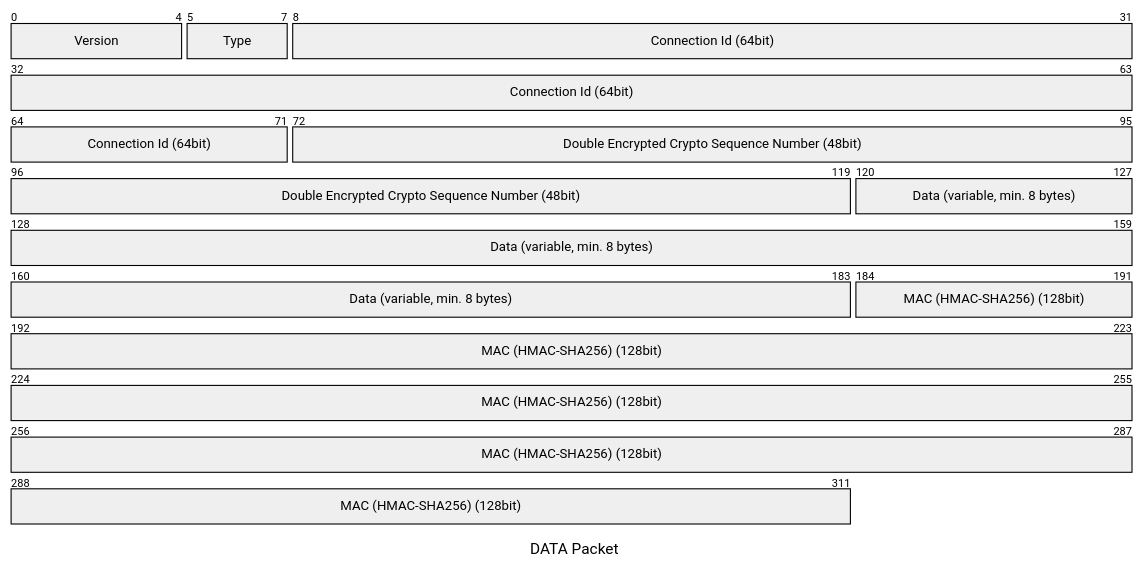
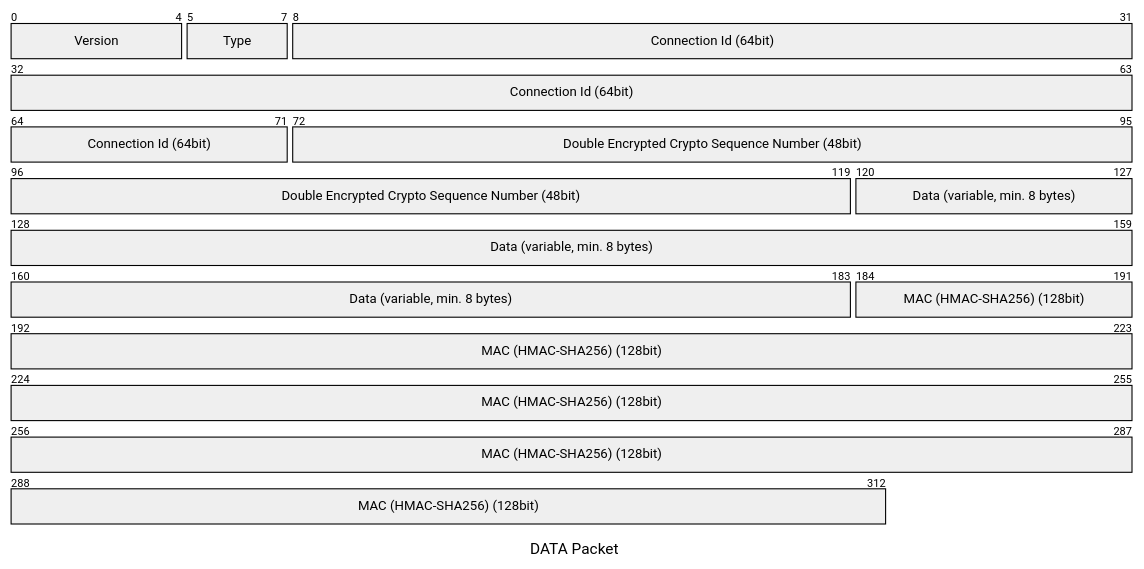
One commit to tbocek/qotp changed the seventh of 13 diagrams in Readme.md. Above: the diagram before and after it, drawn with Mermaid. The commit also changed other lines of this file and 8 other files, not shown here.

````diff
--- a/Readme.md
+++ b/Readme.md
@@ -225,12 +205,12 @@
 ```mermaid
 ---
 title: "DATA Packet"
 ---
 packet-beta
   0-4: "Version"
   5-7: "Type"
   8-71: "Connection Id (64bit)"
   72-119: "Double Encrypted Crypto Sequence Number (48bit)"
   120-183: "Data (variable, min. 8 bytes)"
-  184-311: "MAC (HMAC-SHA256) (128bit)"
+  184-312: "MAC (HMAC-SHA256) (128bit)"
 ```
````
